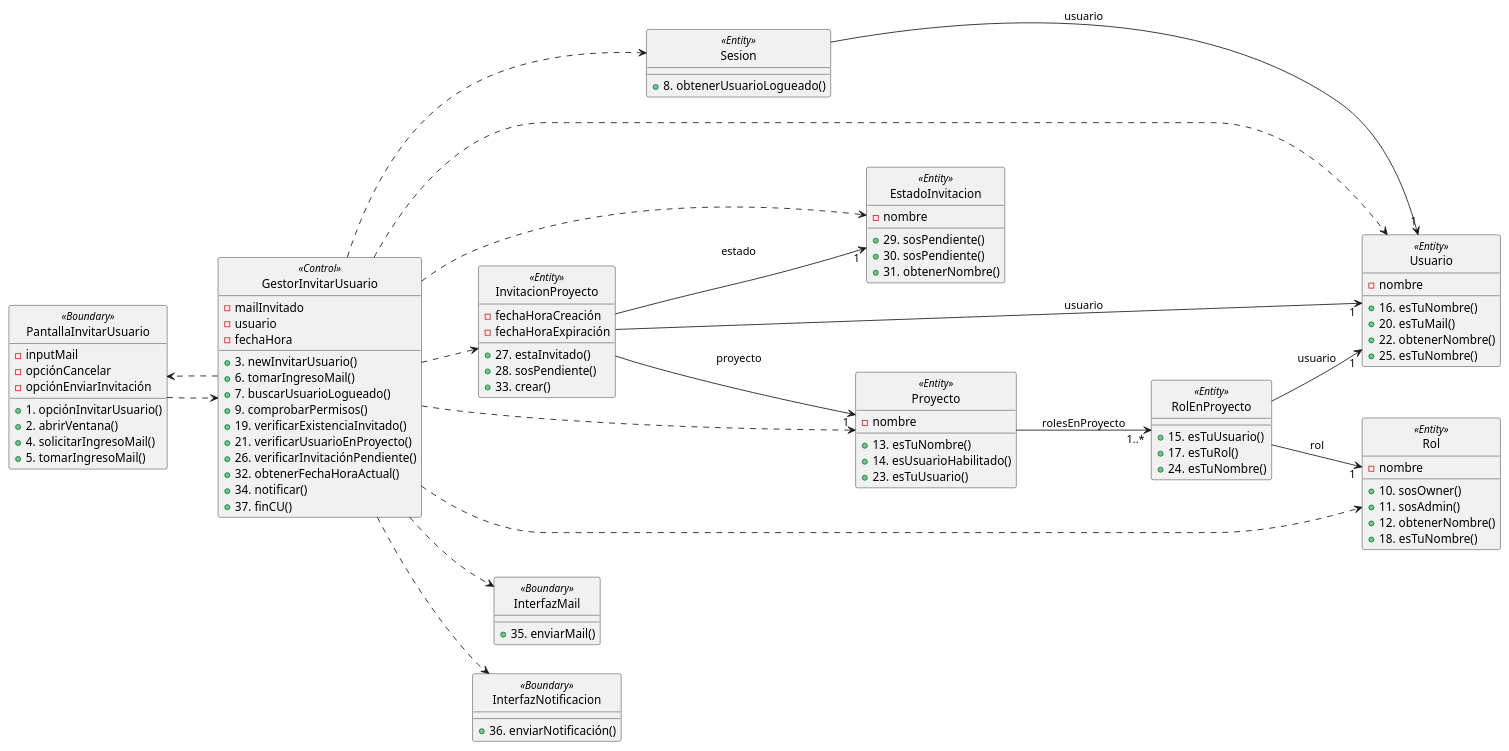
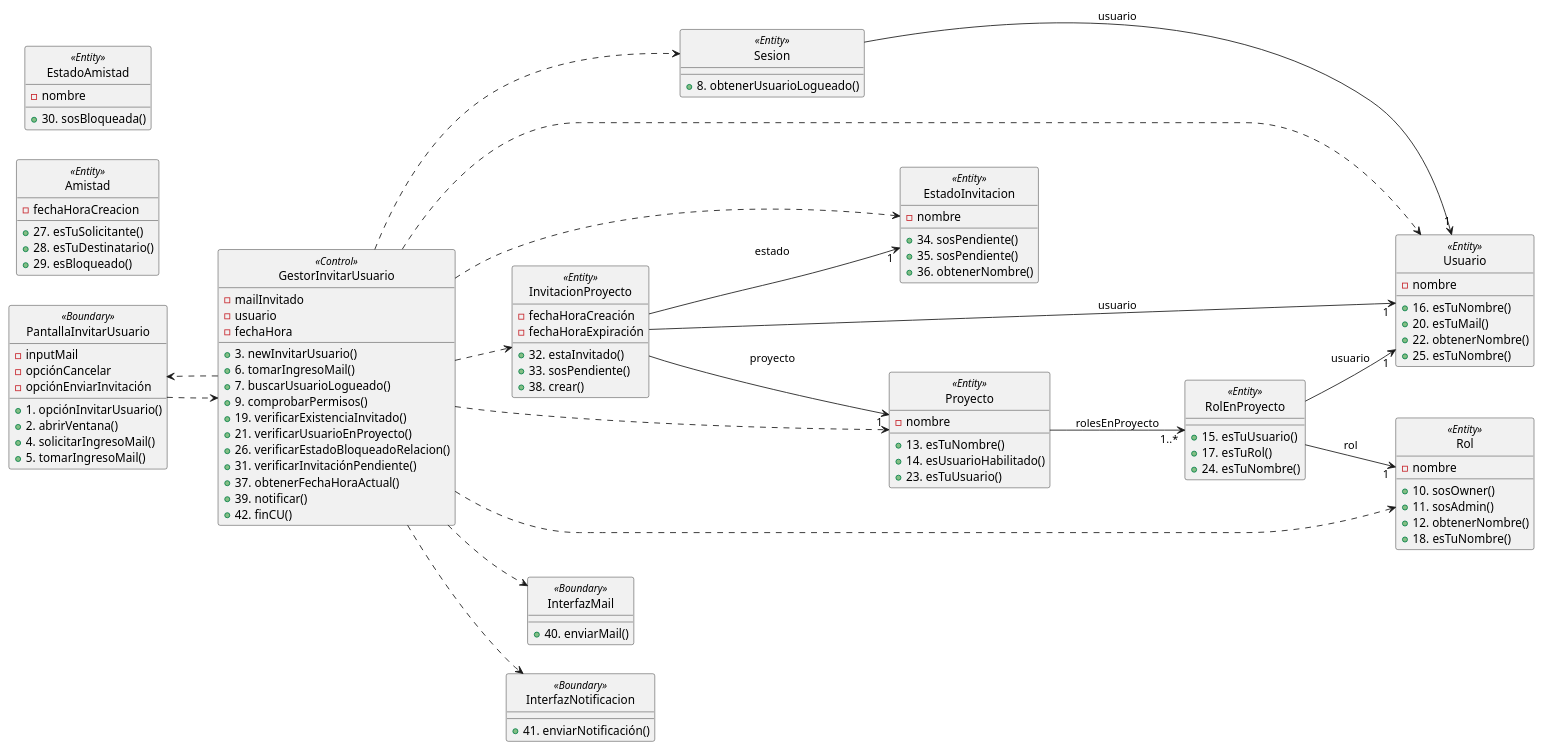
Before and after one commit to ciggyx/Task_Flow: the second of 4 diagrams in Modelado/DiagramaCU11.plantuml, drawn with PlantUML. The commit also changed other lines of this file and 4 other files, not shown here.

Commit message:
chore(diagramas): añado comprobación de que no tenga bloqueado el usuario en la invitación al proyecto

```diff
--- a/Modelado/DiagramaCU11.plantuml
+++ b/Modelado/DiagramaCU11.plantuml
@@ -73,113 +84,128 @@
 @startuml RealizaciónCU11VistaEstática
 left to right direction
 hide <<Entity>> circle
 hide <<Boundary>> circle
 hide <<Control>> circle
 
 class PantallaInvitarUsuario<<Boundary>>{
     - inputMail
     - opciónCancelar
     - opciónEnviarInvitación
     + 1. opciónInvitarUsuario()
     + 2. abrirVentana()
     + 4. solicitarIngresoMail()
     + 5. tomarIngresoMail()
 }
 
 class GestorInvitarUsuario<<Control>>{
     - mailInvitado
     - usuario
     - fechaHora
     + 3. newInvitarUsuario()
     + 6. tomarIngresoMail()
     + 7. buscarUsuarioLogueado()
     + 9. comprobarPermisos()
     + 19. verificarExistenciaInvitado()
     + 21. verificarUsuarioEnProyecto()
-    + 26. verificarInvitaciónPendiente()
-    + 32. obtenerFechaHoraActual()
-    + 34. notificar()
-    + 37. finCU()
+    + 26. verificarEstadoBloqueadoRelacion()
+    + 31. verificarInvitaciónPendiente()
+    + 37. obtenerFechaHoraActual()
+    + 39. notificar()
+    + 42. finCU()
 }
 
 class Sesion<<Entity>>{
     + 8. obtenerUsuarioLogueado()
 }
 
 class Rol<<Entity>>{
     - nombre
     + 10. sosOwner()
     + 11. sosAdmin()
     + 12. obtenerNombre()
     + 18. esTuNombre()
 }
 
 class Proyecto<<Entity>>{
     - nombre
     + 13. esTuNombre()
     + 14. esUsuarioHabilitado()
     + 23. esTuUsuario()
 }
 
 class RolEnProyecto<<Entity>>{
     + 15. esTuUsuario()
     + 17. esTuRol()
     + 24. esTuNombre()
 }
 
 class Usuario<<Entity>>{
     - nombre
     + 16. esTuNombre()
     + 20. esTuMail()
     + 22. obtenerNombre()
     + 25. esTuNombre()
 }
 
 class InvitacionProyecto<<Entity>>{
     - fechaHoraCreación
     - fechaHoraExpiración
-    + 27. estaInvitado()
-    + 28. sosPendiente()
-    + 33. crear()
+    + 32. estaInvitado()
+    + 33. sosPendiente()
+    + 38. crear()
 }
 
 class EstadoInvitacion<<Entity>>{
     - nombre
-    + 29. sosPendiente()
-    + 30. sosPendiente()
-    + 31. obtenerNombre()
+    + 34. sosPendiente()
+    + 35. sosPendiente()
+    + 36. obtenerNombre()
 }
 
 class InterfazMail<<Boundary>>{
-    + 35. enviarMail()
+    + 40. enviarMail()
 }
 
 class InterfazNotificacion<<Boundary>>{
-    + 36. enviarNotificación()
+    + 41. enviarNotificación()
 }
+
+class Amistad<<Entity>>{
+    - fechaHoraCreacion
+    + 27. esTuSolicitante()
+    + 28. esTuDestinatario()
+    + 29. esBloqueado()
+}
+
+class EstadoAmistad<<Entity>>{
+    - nombre
+    + 30. sosBloqueada()
+}
+
+
 
 ' Relaciones de dependencia
 PantallaInvitarUsuario ..> GestorInvitarUsuario
 
 GestorInvitarUsuario ..> EstadoInvitacion
 GestorInvitarUsuario ..> InterfazMail
 GestorInvitarUsuario ..> InterfazNotificacion
 GestorInvitarUsuario ..> InvitacionProyecto
 GestorInvitarUsuario ..> PantallaInvitarUsuario
 GestorInvitarUsuario ..> Proyecto
 GestorInvitarUsuario ..> Rol
 GestorInvitarUsuario ..> Sesion
 GestorInvitarUsuario ..> Usuario
 
 'Relaciones normales
 InvitacionProyecto --> "1" EstadoInvitacion : estado
 InvitacionProyecto --> "1" Proyecto : proyecto
 InvitacionProyecto --> "1" Usuario : usuario
 
 Proyecto --> "1..*" RolEnProyecto : rolesEnProyecto
 
 RolEnProyecto --> "1" Rol : rol
 RolEnProyecto --> "1" Usuario : usuario
 
 Sesion --> "1" Usuario : usuario
 @enduml
```
